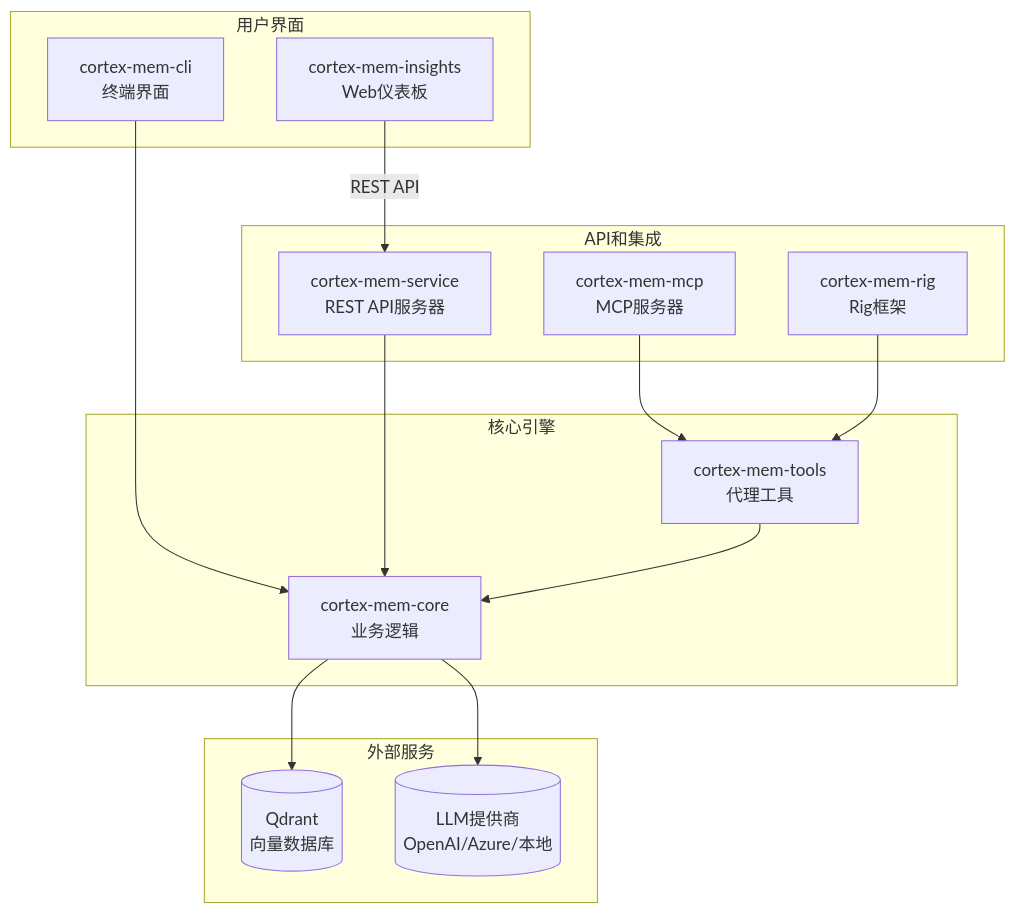
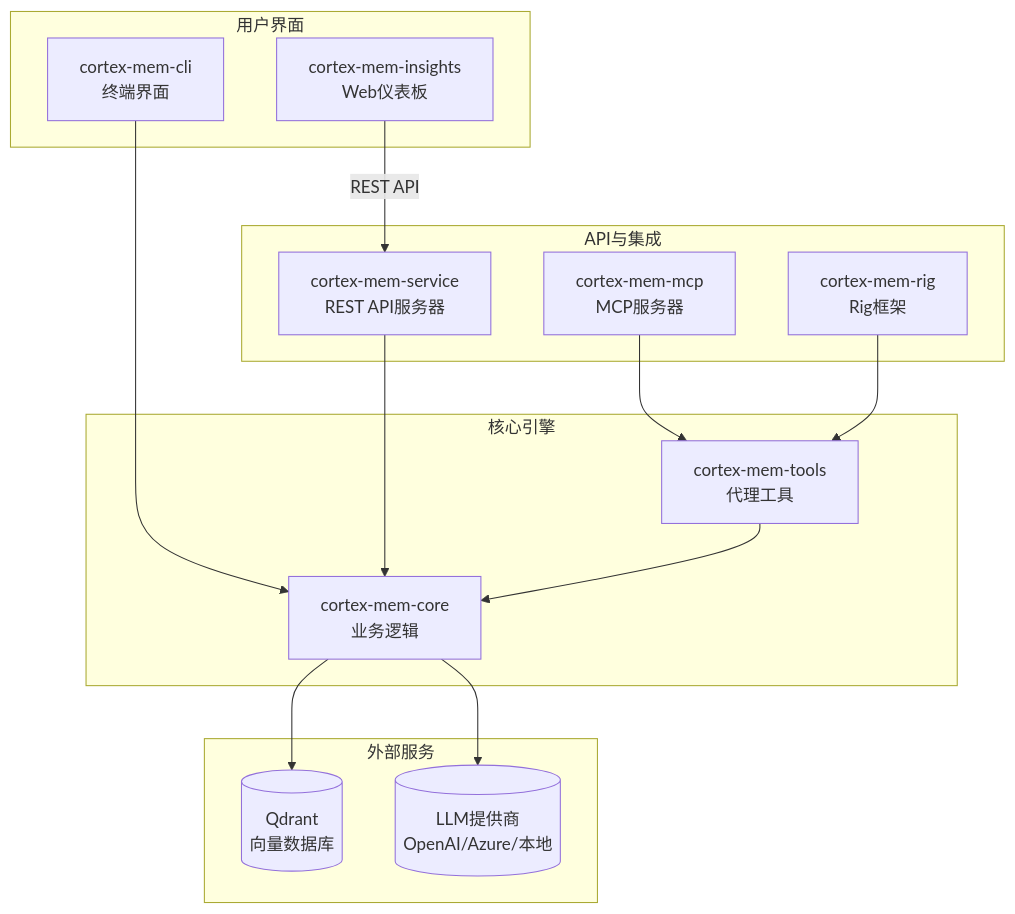
The second of 3 diagrams in README_zh.md (sopaco/cortex-mem), drawn with Mermaid before and after one commit. The commit also changed other lines of this file and 9 other files, not shown here.

````diff
--- a/README_zh.md
+++ b/README_zh.md
@@ -99,35 +152,35 @@
 ```mermaid
 graph TD
     subgraph "用户界面"
         CLI["cortex-mem-cli<br/>终端界面"]
         Insights["cortex-mem-insights<br/>Web仪表板"]
     end
 
-    subgraph "API和集成"
+    subgraph "API与集成"
         Service["cortex-mem-service<br/>REST API服务器"]
         MCP["cortex-mem-mcp<br/>MCP服务器"]
         Rig["cortex-mem-rig<br/>Rig框架"]
     end
     
     subgraph "核心引擎"
         Core["cortex-mem-core<br/>业务逻辑"]
         Tools["cortex-mem-tools<br/>代理工具"]
     end
 
     subgraph "外部服务"
         VectorDB[("Qdrant<br/>向量数据库")]
         LLM[("LLM提供商<br/>OpenAI/Azure/本地")]
     end
 
     %% 定义依赖关系
     Insights -->|REST API| Service
 
     CLI --> Core
     Service --> Core
     MCP --> Tools
     Rig --> Tools
     Tools --> Core
     
     Core --> VectorDB
     Core --> LLM
 ```
````
